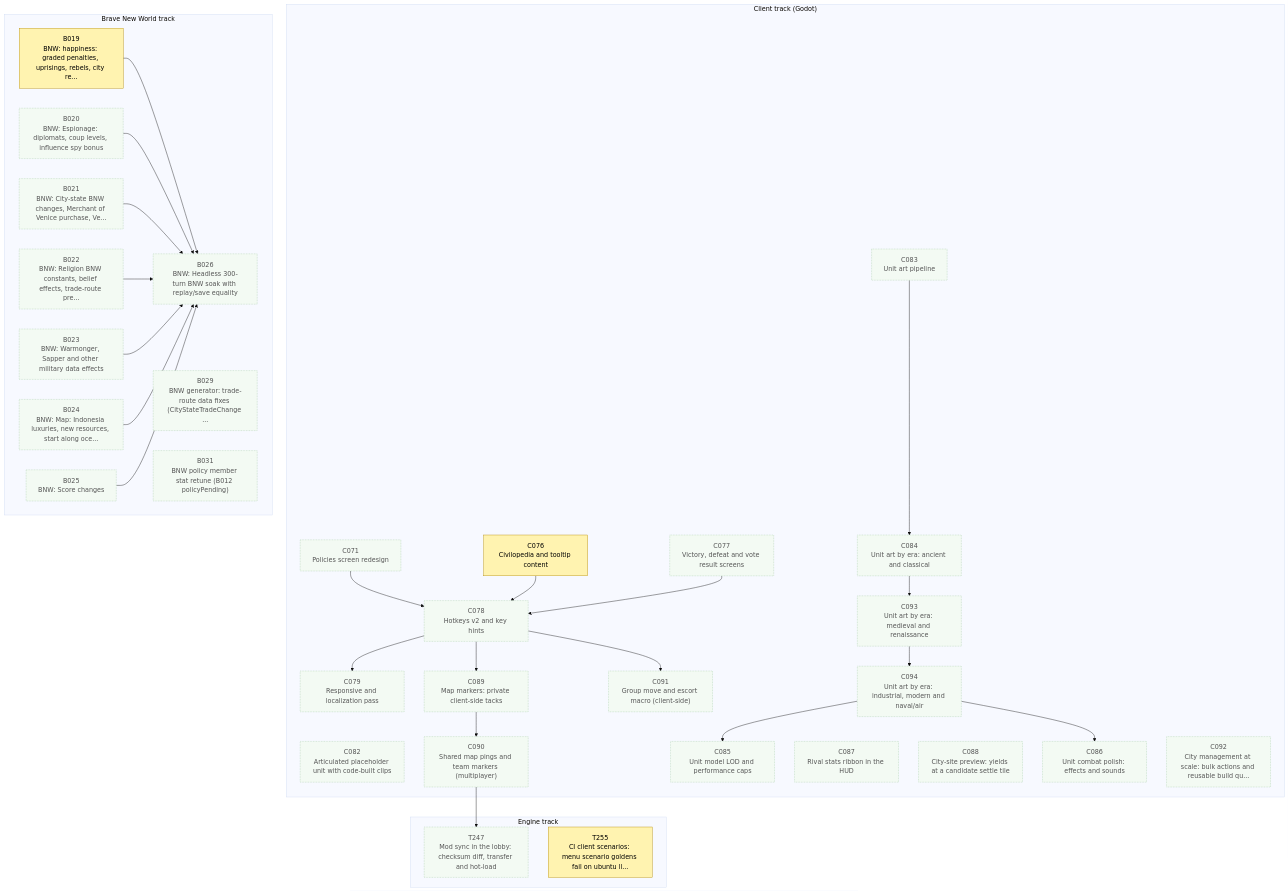
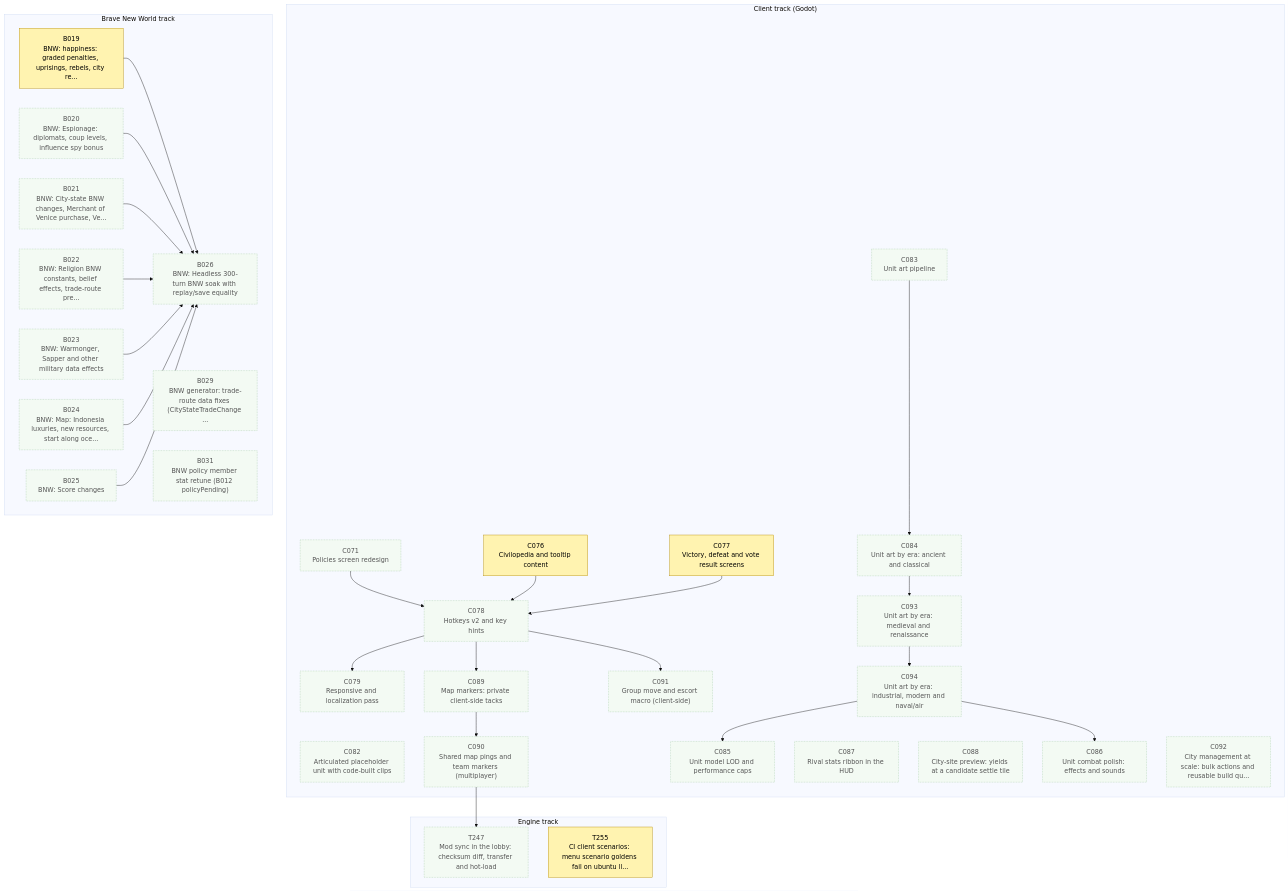
The first of 3 diagrams in csharp/migration/DEPENDENCY_MAP.md (Kenmura/Unciv), drawn with Mermaid (base theme) before and after one commit. The commit also changed other lines of this file and 1 other file, not shown here.

```diff
--- a/csharp/migration/DEPENDENCY_MAP.md
+++ b/csharp/migration/DEPENDENCY_MAP.md
@@ -99,7 +99,7 @@
   class B031 waiting
   class C071 waiting
   class C076 prog
-  class C077 waiting
+  class C077 prog
   class C078 waiting
   class C079 waiting
   class C082 waiting
```
